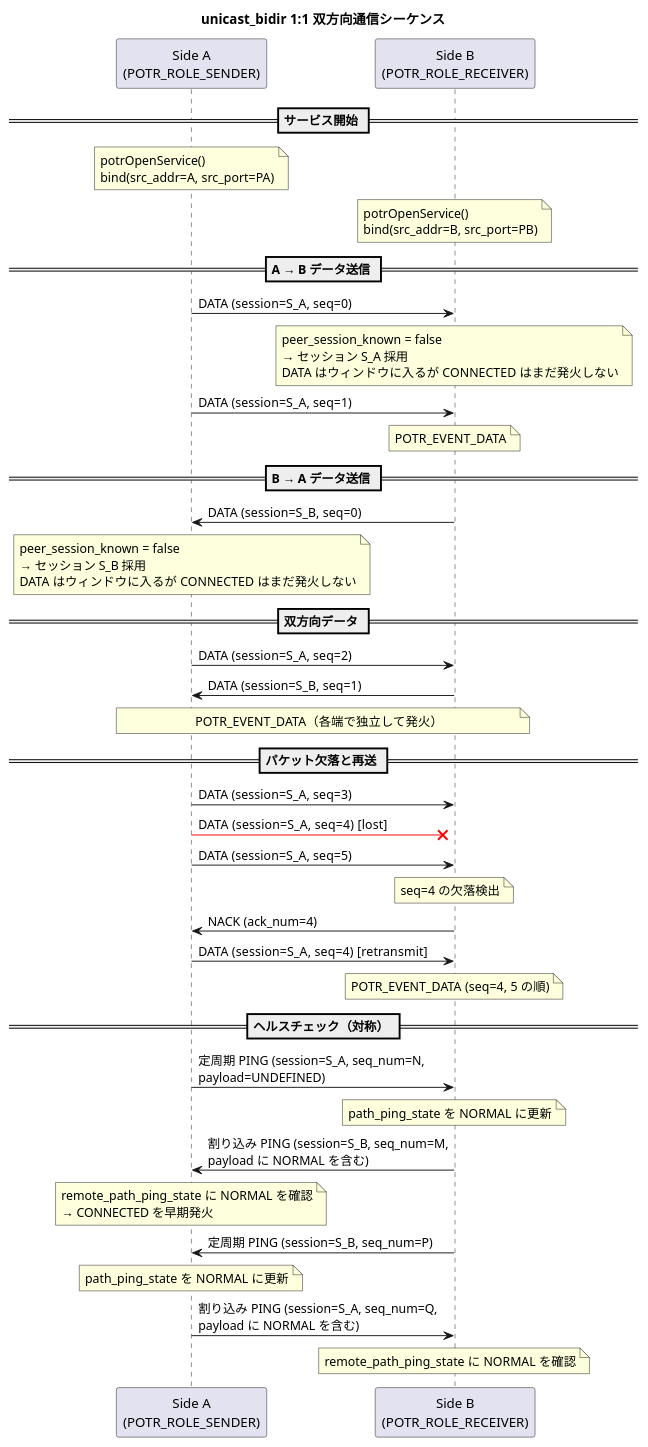
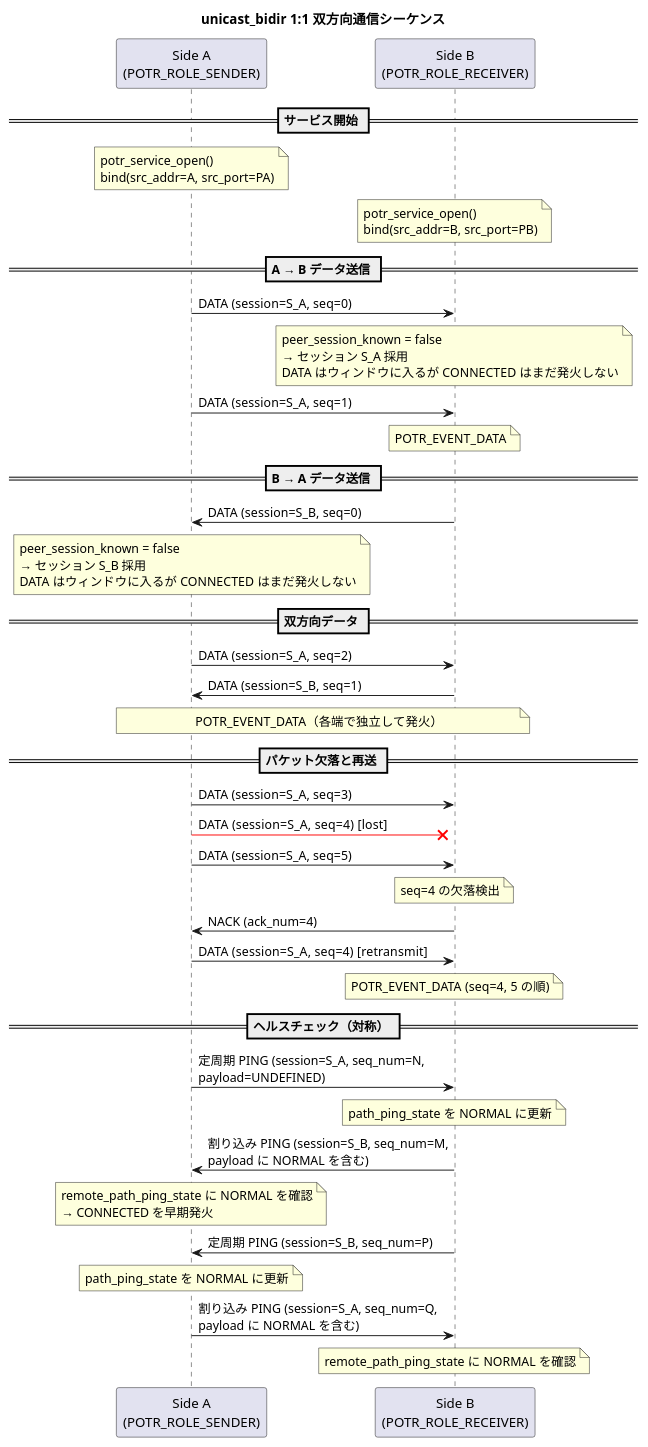
One commit to Hondarer/app_porter changed diagram 18 of 30 in docs/sequence.md. Above: the diagram before and after it, drawn with PlantUML. The commit also changed other lines of this file and 148 other files, not shown here.

````diff
--- a/docs/sequence.md
+++ b/docs/sequence.md
@@ -659,55 +659,55 @@
 ```plantuml
 @startuml unicast_bidir 通信シーケンス
 title unicast_bidir 1:1 双方向通信シーケンス
 
 participant "Side A\n(POTR_ROLE_SENDER)" as A
 participant "Side B\n(POTR_ROLE_RECEIVER)" as B
 
 == サービス開始 ==
 
-note over A: potrOpenService()\nbind(src_addr=A, src_port=PA)
-note over B: potrOpenService()\nbind(src_addr=B, src_port=PB)
+note over A: potr_service_open()\nbind(src_addr=A, src_port=PA)
+note over B: potr_service_open()\nbind(src_addr=B, src_port=PB)
 
 == A → B データ送信 ==
 
 A -> B: DATA (session=S_A, seq=0)
 note over B: peer_session_known = false\n→ セッション S_A 採用\nDATA はウィンドウに入るが CONNECTED はまだ発火しない
 
 A -> B: DATA (session=S_A, seq=1)
 note over B: POTR_EVENT_DATA
 
 == B → A データ送信 ==
 
 B -> A: DATA (session=S_B, seq=0)
 note over A: peer_session_known = false\n→ セッション S_B 採用\nDATA はウィンドウに入るが CONNECTED はまだ発火しない
 
 == 双方向データ ==
 
 A -> B: DATA (session=S_A, seq=2)
 B -> A: DATA (session=S_B, seq=1)
 note over A,B: POTR_EVENT_DATA（各端で独立して発火）
 
 == パケット欠落と再送 ==
 
 A -> B: DATA (session=S_A, seq=3)
 A -[#red]x B: DATA (session=S_A, seq=4)  [lost]
 A -> B: DATA (session=S_A, seq=5)
 note over B: seq=4 の欠落検出
 B -> A: NACK (ack_num=4)
 A -> B: DATA (session=S_A, seq=4)  [retransmit]
 note over B: POTR_EVENT_DATA (seq=4, 5 の順)
 
 == ヘルスチェック（対称） ==
 
 A -> B: 定周期 PING (session=S_A, seq_num=N,\npayload=UNDEFINED)
 note over B: path_ping_state を NORMAL に更新
 B -> A: 割り込み PING (session=S_B, seq_num=M,\npayload に NORMAL を含む)
 note over A: remote_path_ping_state に NORMAL を確認\n→ CONNECTED を早期発火
 
 B -> A: 定周期 PING (session=S_B, seq_num=P)
 note over A: path_ping_state を NORMAL に更新
 A -> B: 割り込み PING (session=S_A, seq_num=Q,\npayload に NORMAL を含む)
 note over B: remote_path_ping_state に NORMAL を確認
 
 @enduml
 ```
````
